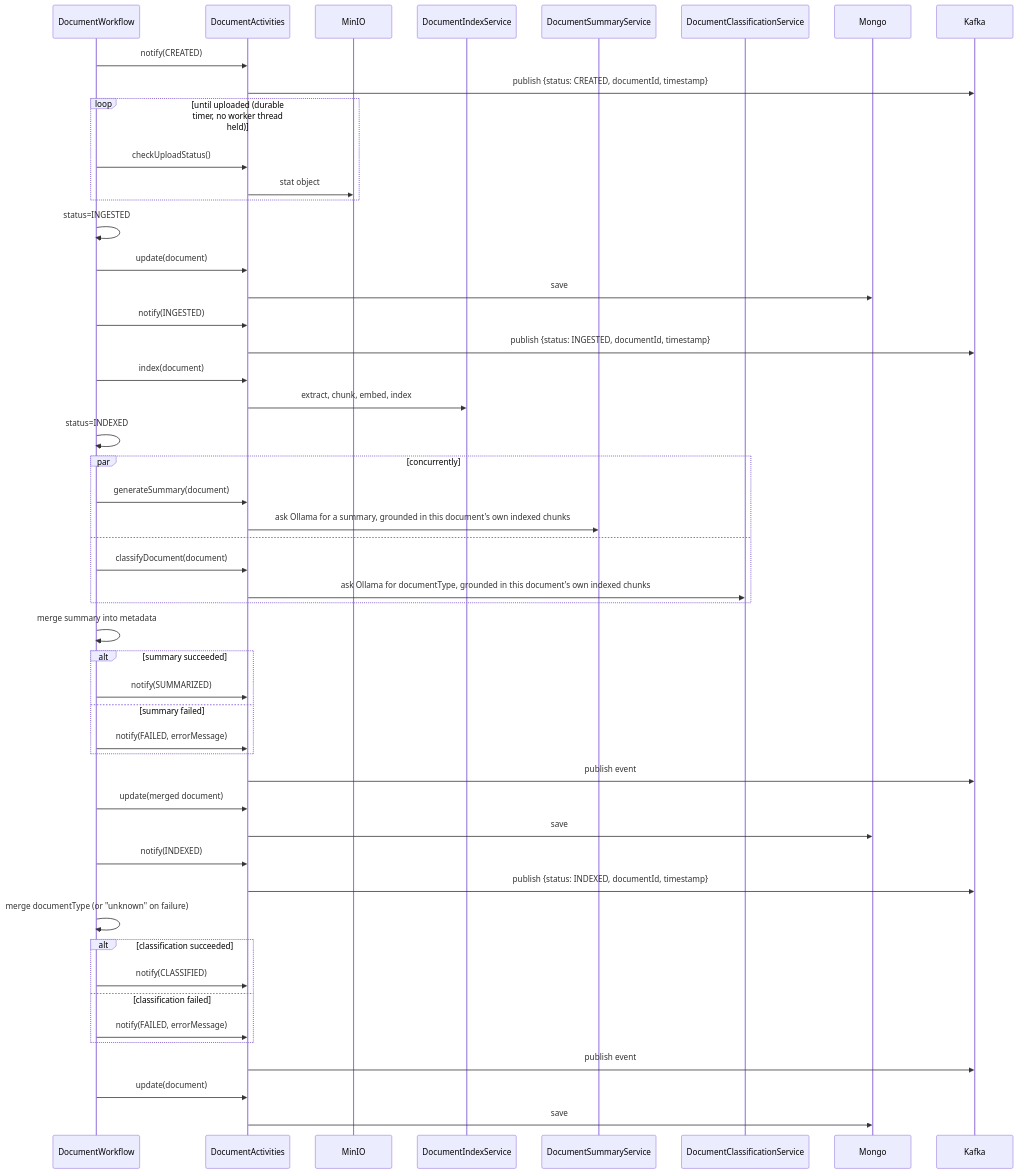
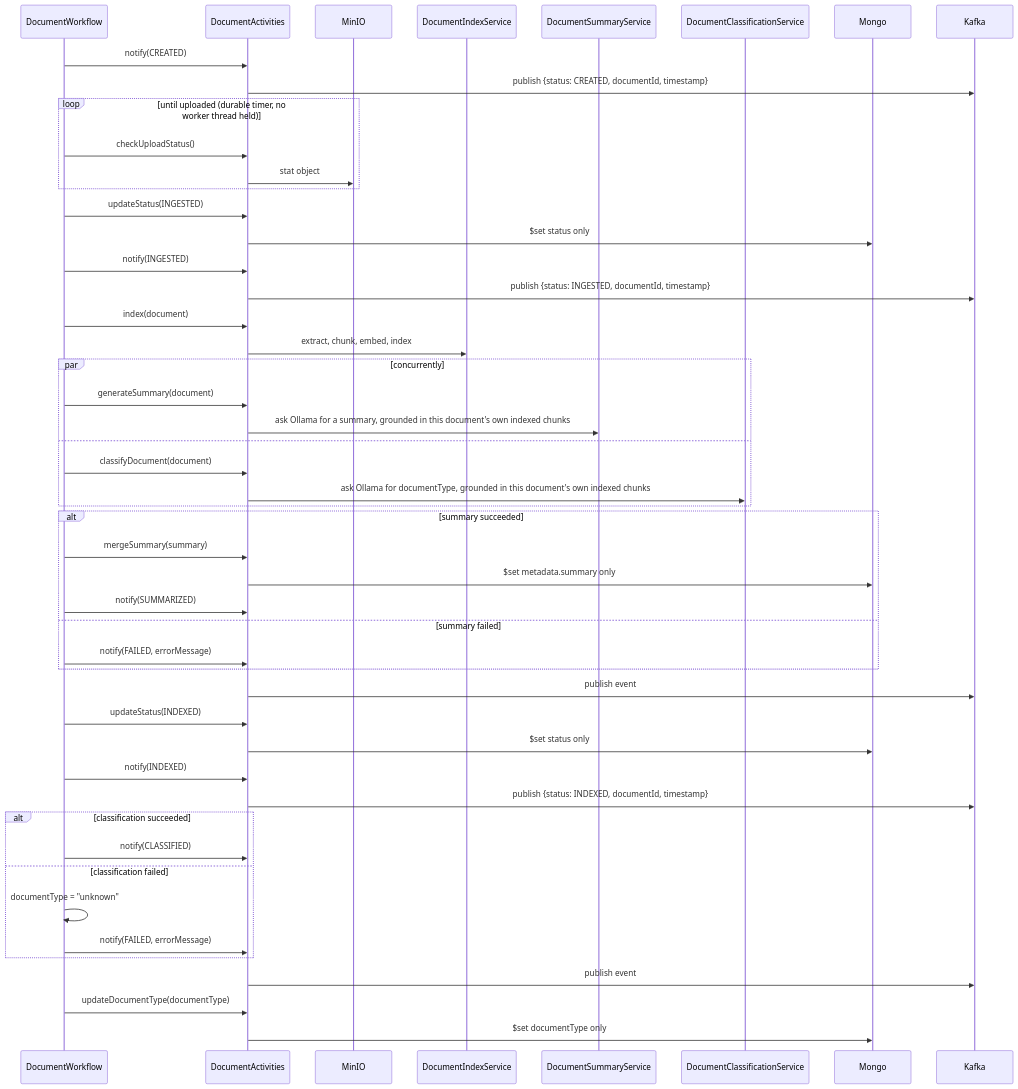
One commit to kamranzafar/docman-ai changed the fourth of 4 diagrams in docs/ARCHITECTURE.md. Above: the diagram before and after it, drawn with Mermaid. The commit also changed other lines of this file and 12 other files, not shown here.

````diff
--- a/docs/ARCHITECTURE.md
+++ b/docs/ARCHITECTURE.md
@@ -113,53 +113,52 @@
 ```mermaid
 sequenceDiagram
     participant WF as DocumentWorkflow
     participant Act as DocumentActivities
     participant MinIO
     participant Idx as DocumentIndexService
     participant Sum as DocumentSummaryService
     participant Cls as DocumentClassificationService
     participant Mongo
     participant Kafka
 
     WF->>Act: notify(CREATED)
     Act->>Kafka: publish {status: CREATED, documentId, timestamp}
     loop until uploaded (durable timer, no worker thread held)
         WF->>Act: checkUploadStatus()
         Act->>MinIO: stat object
     end
-    WF->>WF: status=INGESTED
-    WF->>Act: update(document)
-    Act->>Mongo: save
+    WF->>Act: updateStatus(INGESTED)
+    Act->>Mongo: $set status only
     WF->>Act: notify(INGESTED)
     Act->>Kafka: publish {status: INGESTED, documentId, timestamp}
     WF->>Act: index(document)
     Act->>Idx: extract, chunk, embed, index
-    WF->>WF: status=INDEXED
     par concurrently
         WF->>Act: generateSummary(document)
         Act->>Sum: ask Ollama for a summary, grounded in this document's own indexed chunks
     and
         WF->>Act: classifyDocument(document)
         Act->>Cls: ask Ollama for documentType, grounded in this document's own indexed chunks
     end
-    WF->>WF: merge summary into metadata
     alt summary succeeded
+        WF->>Act: mergeSummary(summary)
+        Act->>Mongo: $set metadata.summary only
         WF->>Act: notify(SUMMARIZED)
     else summary failed
         WF->>Act: notify(FAILED, errorMessage)
     end
     Act->>Kafka: publish event
-    WF->>Act: update(merged document)
-    Act->>Mongo: save
+    WF->>Act: updateStatus(INDEXED)
+    Act->>Mongo: $set status only
     WF->>Act: notify(INDEXED)
     Act->>Kafka: publish {status: INDEXED, documentId, timestamp}
-    WF->>WF: merge documentType (or "unknown" on failure)
     alt classification succeeded
         WF->>Act: notify(CLASSIFIED)
     else classification failed
+        WF->>WF: documentType = "unknown"
         WF->>Act: notify(FAILED, errorMessage)
     end
     Act->>Kafka: publish event
-    WF->>Act: update(document)
-    Act->>Mongo: save
+    WF->>Act: updateDocumentType(documentType)
+    Act->>Mongo: $set documentType only
 ```
````
